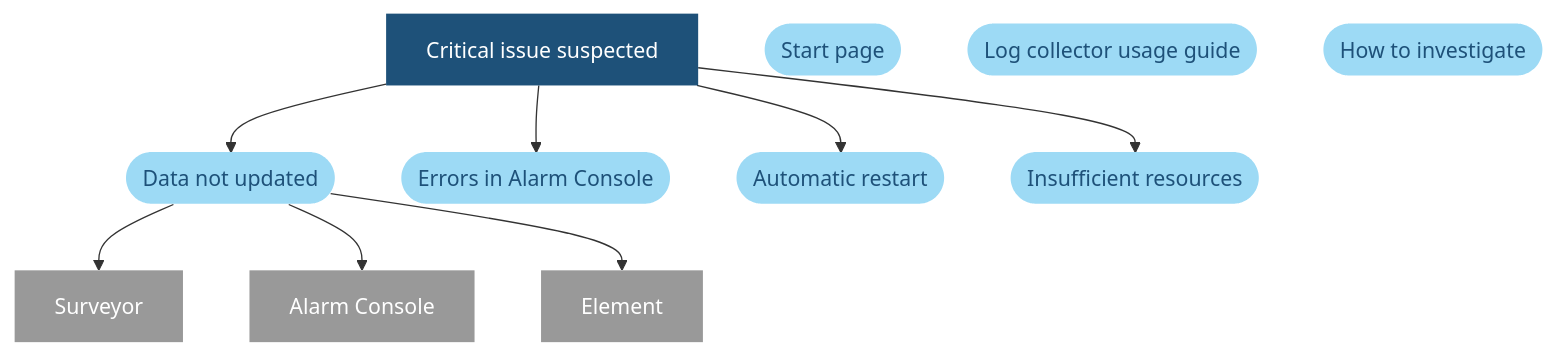
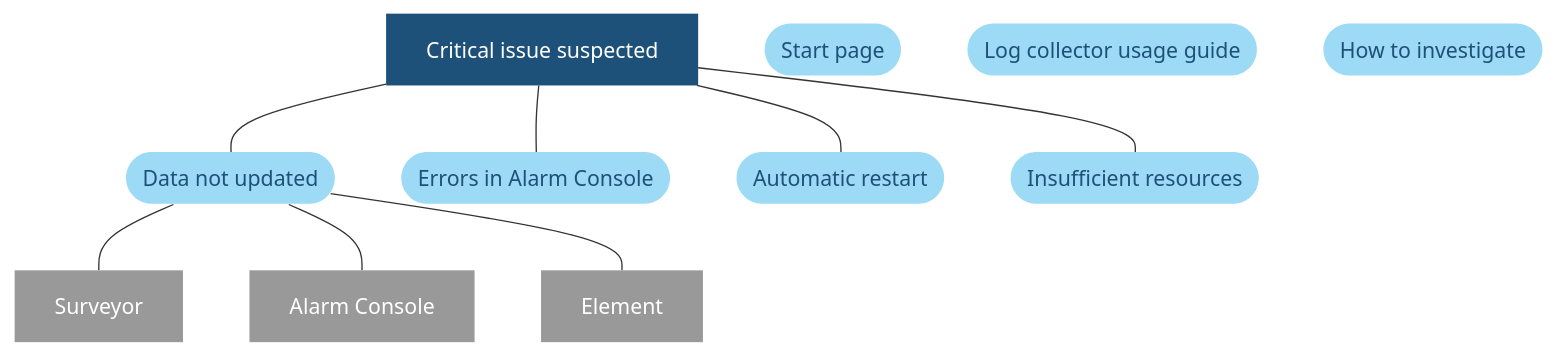
One commit to SkylineCommunications/dataminer-docs changed the diagram in user-guide/Troubleshooting/Troubleshooting_Flowcharts/Troubleshooting_Critical_Issues/Troubleshooting_Critical_Issues_Data_Not_Updated.md. Above: the diagram before and after it, drawn with Mermaid. The commit also changed 17 other files, not shown here.

```diff
--- a/user-guide/Troubleshooting/Troubleshooting_Flowcharts/Troubleshooting_Critical_Issues/Troubleshooting_Critical_Issues_Data_Not_Updated.md
+++ b/user-guide/Troubleshooting/Troubleshooting_Flowcharts/Troubleshooting_Critical_Issues/Troubleshooting_Critical_Issues_Data_Not_Updated.md
@@ -9,47 +9,47 @@
 <div class="mermaid">
 graph TD
 %% Define styles %%
 classDef LightBlue fill:#9DDAF5,stroke:#000070,stroke-width:0px, color:#1E5179;
 classDef Blue fill:#4BAEEA,stroke:#000070,stroke-width:0px, color:#FFFFFF;
 classDef DarkBlue fill:#1E5179,stroke:#000070,stroke-width:0px, color:#FFFFFF;
 classDef DarkGray fill:#58595B,stroke:#000070,stroke-width:0px, color:#FFFFFF;
 classDef Gray fill:#999999,stroke:#000070,stroke-width:0px, color:#FFFFFF;
 classDef LightGray fill:#DDDDDD,stroke:#000070,stroke-width:0px, color:#1E5179;
 %% Define blocks %%
 Start[Critical issue suspected]
 Home([Start page])
 SLLogCollector([Log collector usage guide])
 Investigation([How to investigate])
 DataNotUpdated([Data not updated])
 ErrorAlarmConsole([Errors in Alarm Console])
 Automaticrestart([Automatic restart])
 MachineoutofResources([Insufficient resources])
 Surveyor[Surveyor]
 AlarmConsole[Alarm Console]
 Element[Element]
 %% Connect blocks %%
-Start --> Automaticrestart
-Start --> MachineoutofResources
-Start --> DataNotUpdated
-Start --> ErrorAlarmConsole
-DataNotUpdated --> Surveyor
-DataNotUpdated --> AlarmConsole
-DataNotUpdated --> Element
+Start --- Automaticrestart
+Start --- MachineoutofResources
+Start --- DataNotUpdated
+Start --- ErrorAlarmConsole
+DataNotUpdated --- Surveyor
+DataNotUpdated --- AlarmConsole
+DataNotUpdated --- Element
 %% Define hyperlinks %%
 click Home "https://docs.dataminer.services/user-guide/Troubleshooting/Troubleshooting_Flowcharts/Finding_a_Root_Cause.html"
 click SLLogCollector "https://docs.dataminer.services/user-guide/Reference/DataMiner_Tools/SLLogCollector.html"
 click Investigation "https://docs.dataminer.services/user-guide/Troubleshooting/Troubleshooting_Flowcharts/Troubleshooting_Where_to_Start.html"
 click DataNotUpdated "https://docs.dataminer.services/user-guide/Troubleshooting/Troubleshooting_Flowcharts/Troubleshooting_Critical_Issues/Troubleshooting_Critical_Issues_Data_Not_Updated.html" "Data Not Updated"
 click Automaticrestart "https://docs.dataminer.services/user-guide/Troubleshooting/Troubleshooting_Flowcharts/Troubleshooting_Critical_Issues/Troubleshooting_Critical_Issues_Automatic_Restart.html" "Automatic Restart"
 click ErrorAlarmConsole "https://docs.dataminer.services/user-guide/Troubleshooting/Troubleshooting_Flowcharts/Troubleshooting_Critical_Issues/Troubleshooting_Critical_Issues_Alarm_Console.html#errors-in-alarm-console" "Errors In Alarm Console"
 click Start "https://docs.dataminer.services/user-guide/Troubleshooting/Troubleshooting_Flowcharts/Troubleshooting_Critical_Issues/Troubleshooting_Critical_Issues_Overview.html" "Critical issue suspected"
 click MachineoutofResources "https://docs.dataminer.services/user-guide/Troubleshooting/Troubleshooting_Flowcharts/Troubleshooting_Critical_Issues/Troubleshooting_Critical_Issues_Resources.html" "Machine Out Of Resources"
 click Surveyor "https://docs.dataminer.services/user-guide/Troubleshooting/Troubleshooting_Flowcharts/Troubleshooting_Critical_Issues/Troubleshooting_Critical_Issues_Data_Not_Updated.html#surveyor" "Surveyor"
 click AlarmConsole "https://docs.dataminer.services/user-guide/Troubleshooting/Troubleshooting_Flowcharts/Troubleshooting_Critical_Issues/Troubleshooting_Critical_Issues_Data_Not_Updated.html#alarm-console" "Alarm-Console"
 click Element "https://docs.dataminer.services/user-guide/Troubleshooting/Troubleshooting_Flowcharts/Troubleshooting_Critical_Issues/Troubleshooting_Critical_Issues_Data_Not_Updated.html#element" "Element"
 %% Apply styles to blocks %%
 class Start DarkBlue;
 class Automaticrestart,DataNotUpdated,ErrorAlarmConsole,Automaticrestart,MachineoutofResources, LightBlue;
 class Home,SLLogCollector,Investigation LightBlue;
 class Surveyor,AlarmConsole,Element Gray;
 </div>
```
